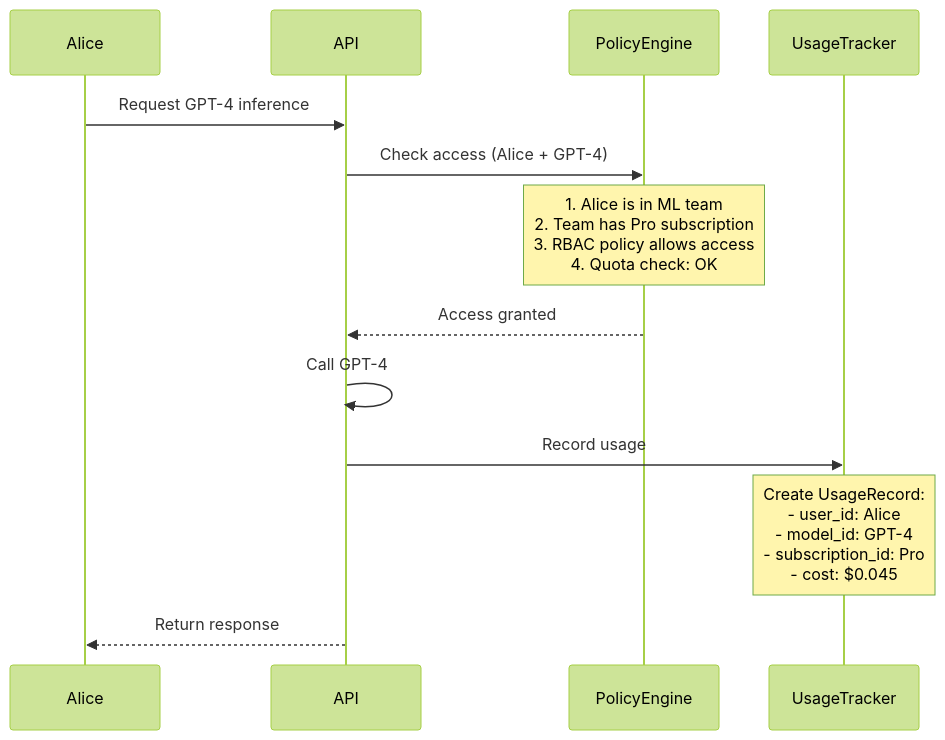
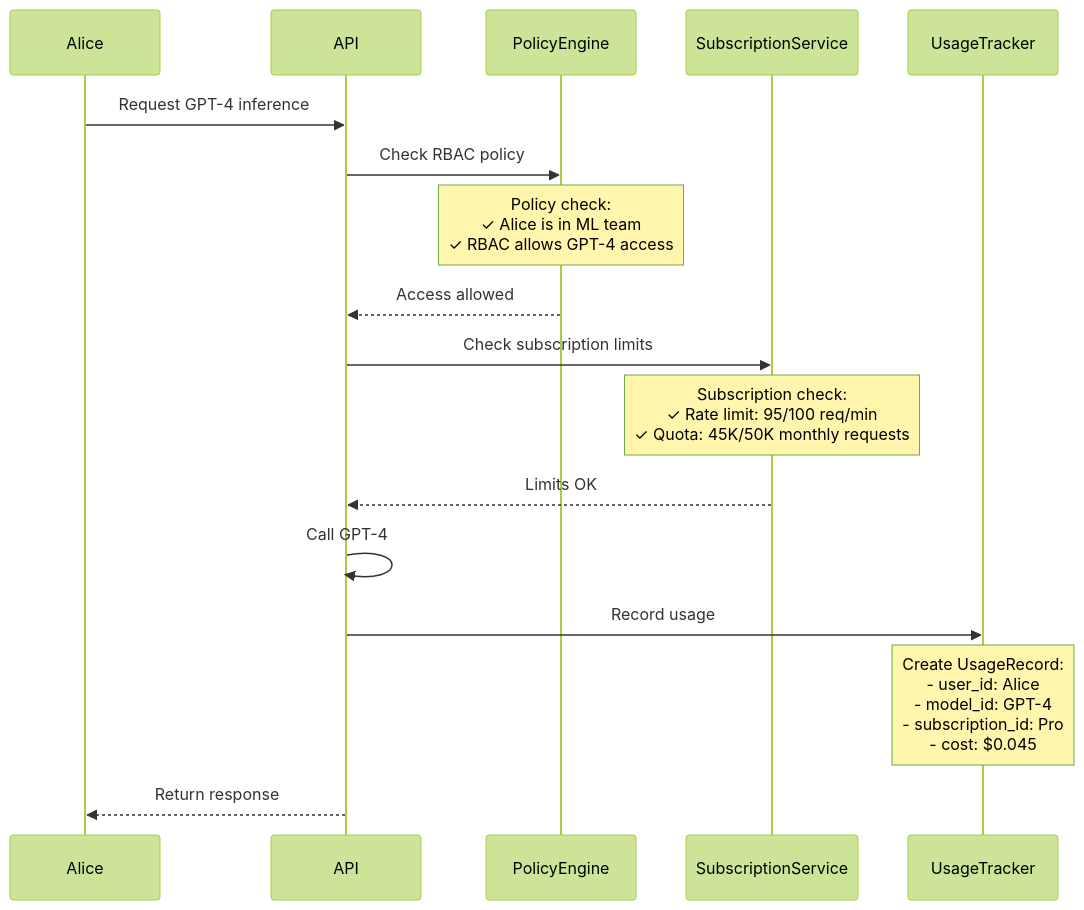
The second of 2 diagrams in docs/proposals/maas-entity-architecture.md (opendatahub-io/maas-billing), drawn with Mermaid (forest theme) before and after one commit. The commit also changed other lines of this file, not shown here.

````diff
--- a/docs/proposals/maas-entity-architecture.md
+++ b/docs/proposals/maas-entity-architecture.md
@@ -401,16 +422,22 @@
 ```mermaid
 sequenceDiagram
     participant Alice
     participant API
     participant PolicyEngine
+    participant SubscriptionService
     participant UsageTracker
     
     Alice->>API: Request GPT-4 inference
-    API->>PolicyEngine: Check access (Alice + GPT-4)
-    Note over PolicyEngine: 1. Alice is in ML team<br/>2. Team has Pro subscription<br/>3. RBAC policy allows access<br/>4. Quota check: OK
-    PolicyEngine-->>API: Access granted
+    API->>PolicyEngine: Check RBAC policy
+    Note over PolicyEngine: Policy check:<br/>✓ Alice is in ML team<br/>✓ RBAC allows GPT-4 access
+    PolicyEngine-->>API: Access allowed
+    
+    API->>SubscriptionService: Check subscription limits
+    Note over SubscriptionService: Subscription check:<br/>✓ Rate limit: 95/100 req/min<br/>✓ Quota: 45K/50K monthly requests
+    SubscriptionService-->>API: Limits OK
+    
     API->>API: Call GPT-4
     API->>UsageTracker: Record usage
     Note over UsageTracker: Create UsageRecord:<br/>- user_id: Alice<br/>- model_id: GPT-4<br/>- subscription_id: Pro<br/>- cost: $0.045
     API-->>Alice: Return response
 ```
````
